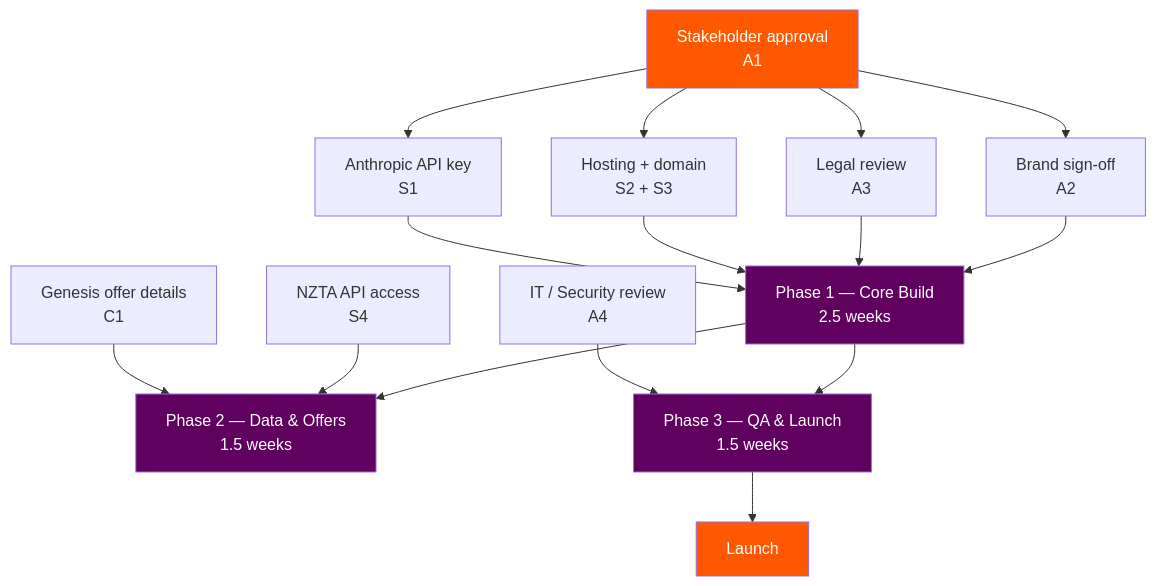
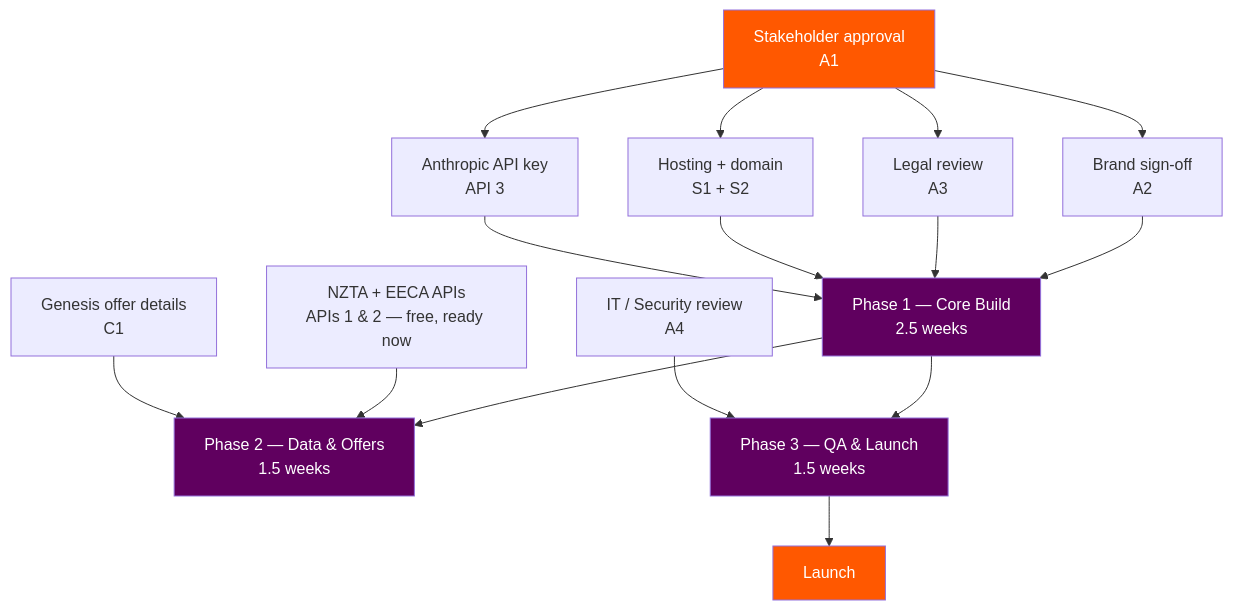
One commit to qcatch/ge-cogo changed the first of 3 diagrams in docs/tce-calculator-scope-estimate.md. Above: the diagram before and after it, drawn with Mermaid. The commit also changed other lines of this file, not shown here.

First line of the commit message:
docs: Expand and refine API details for TCE Calculator

````diff
--- a/docs/tce-calculator-scope-estimate.md
+++ b/docs/tce-calculator-scope-estimate.md
@@ -96,27 +192,27 @@
 ```mermaid
 flowchart TD
     A[Stakeholder approval<br/>A1] --> B[Brand sign-off<br/>A2]
     A --> C[Legal review<br/>A3]
-    A --> D[Hosting + domain<br/>S2 + S3]
-    A --> E[Anthropic API key<br/>S1]
+    A --> D[Hosting + domain<br/>S1 + S2]
+    A --> E[Anthropic API key<br/>API 3]
 
     B --> F[Phase 1 — Core Build<br/>2.5 weeks]
     C --> F
     D --> F
     E --> F
 
     F --> G[Phase 2 — Data & Offers<br/>1.5 weeks]
-    S4[NZTA API access<br/>S4] --> G
+    API12[NZTA + EECA APIs<br/>APIs 1 & 2 — free, ready now] --> G
     C1[Genesis offer details<br/>C1] --> G
 
     F --> H[Phase 3 — QA & Launch<br/>1.5 weeks]
     IT[IT / Security review<br/>A4] --> H
 
     H --> K[Launch]
 
     style A fill:#FF5800,color:#fff
     style K fill:#FF5800,color:#fff
     style F fill:#60005F,color:#fff
     style G fill:#60005F,color:#fff
     style H fill:#60005F,color:#fff
 ```
````
